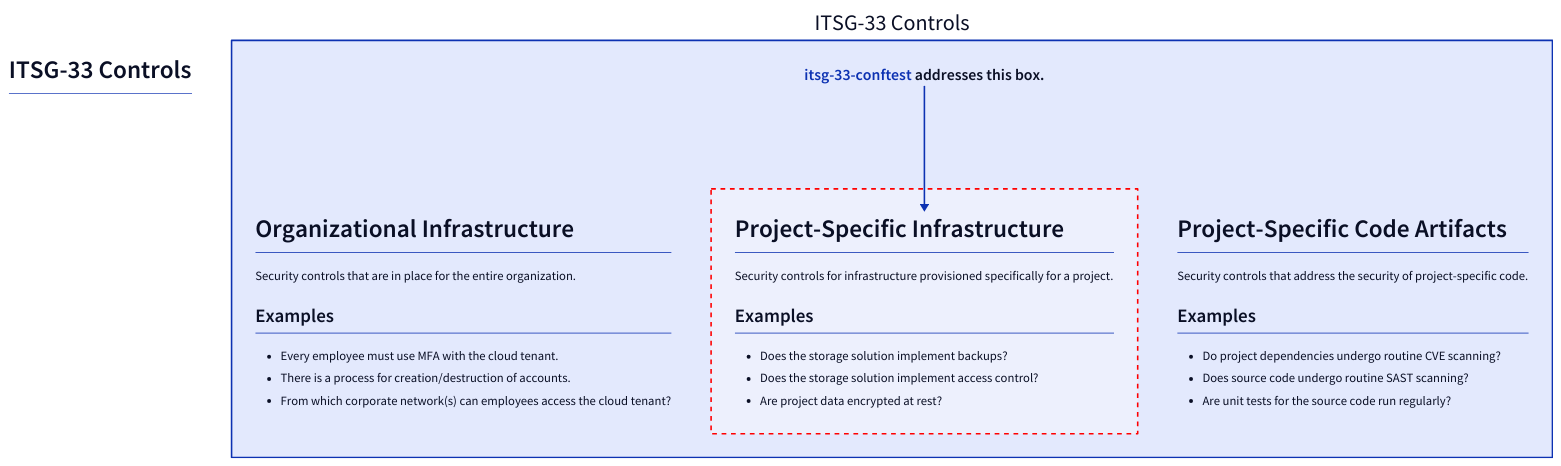
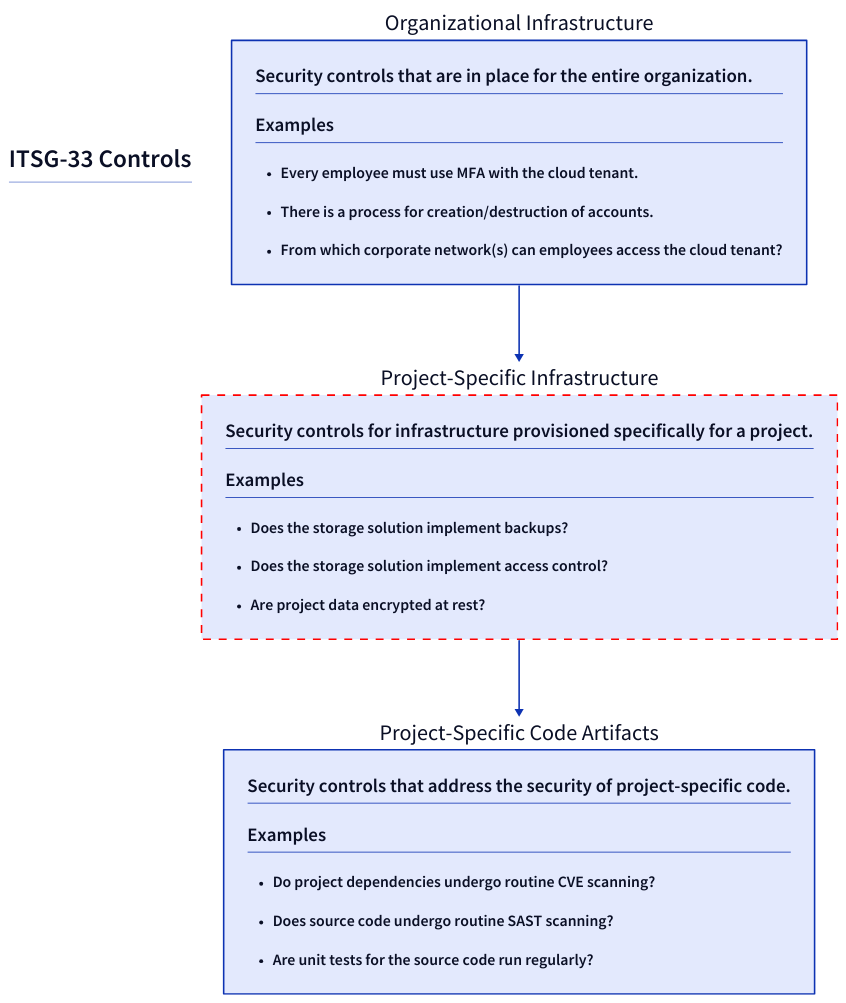
One commit to Collinbrown95/itsg-33-conftest changed the diagram in docs/diagrams/itsg-pyramid.d2. Above: the diagram before and after it, drawn with D2. The commit also changed 1 other file, not shown here.

Commit message:
feat(diagram): Make diagram easier to read

```diff
--- a/docs/diagrams/itsg-pyramid.d2
+++ b/docs/diagrams/itsg-pyramid.d2
@@ -1,44 +1,42 @@
+direction: down
+
 title: |md
-# ITSG-33 Controls
+  # ITSG-33 Controls
 |
 
+"Organizational Infrastructure": {
+  "": |md
+    ## Security controls that are in place for the entire organization.
+    ## Examples
+    - ### Every employee must use MFA with the cloud tenant.
+    - ### There is a process for creation/destruction of accounts.
+    - ### From which corporate network(s) can employees access the cloud tenant?
+  |
+}
 
-ITSG-33 Controls: {
-    Organizational Infrastructure: |md
-    # Organizational Infrastructure
-    Security controls that are in place for the entire organization.
+"Project-Specific Infrastructure": {
+  "": |md
+    ## Security controls for infrastructure provisioned specifically for a project.
     ## Examples
-    - Every employee must use MFA with the cloud tenant.
-    - There is a process for creation/destruction of accounts.
-    - From which corporate network(s) can employees access the cloud tenant?
-    |
+    - ### Does the storage solution implement backups?
+    - ### Does the storage solution implement access control?
+    - ### Are project data encrypted at rest?
+  |
+  style: {
+    stroke: red
+    stroke-dash: 5
+  }
+}
 
-    "": {
-        Project-Specific Infrastructure: |md
-        # Project-Specific Infrastructure
-        Security controls for infrastructure provisioned specifically for a project.
-        ## Examples
-        - Does the storage solution implement backups?
-        - Does the storage solution implement access control?
-        - Are project data encrypted at rest?
-        |
-        style: {
-            stroke: red
-            stroke-dash: 3
-        }
-        
-    }
-    itsg-33-conftest: |md
-    ### [itsg-33-conftest](https://github.com/Collinbrown95/itsg-33-conftest) addresses this box.
-    |
+Project-Specific Code Artifacts: {
+  "": |md
+    ## Security controls that address the security of project-specific code.
+    ## Examples
+    - ### Do project dependencies undergo routine CVE scanning?
+    - ### Does source code undergo routine SAST scanning?
+    - ### Are unit tests for the source code run regularly?
+  |
+}
 
-    itsg-33-conftest -> "".Project-Specific Infrastructure
-    Project-Specific Code Artifacts: |md
-    # Project-Specific Code Artifacts
-    Security controls that address the security of project-specific code.
-    ## Examples
-    - Do project dependencies undergo routine CVE scanning?
-    - Does source code undergo routine SAST scanning?
-    - Are unit tests for the source code run regularly?
-    |
-}
+Organizational Infrastructure -> Project-Specific Infrastructure
+Project-Specific Infrastructure -> Project-Specific Code Artifacts
```
